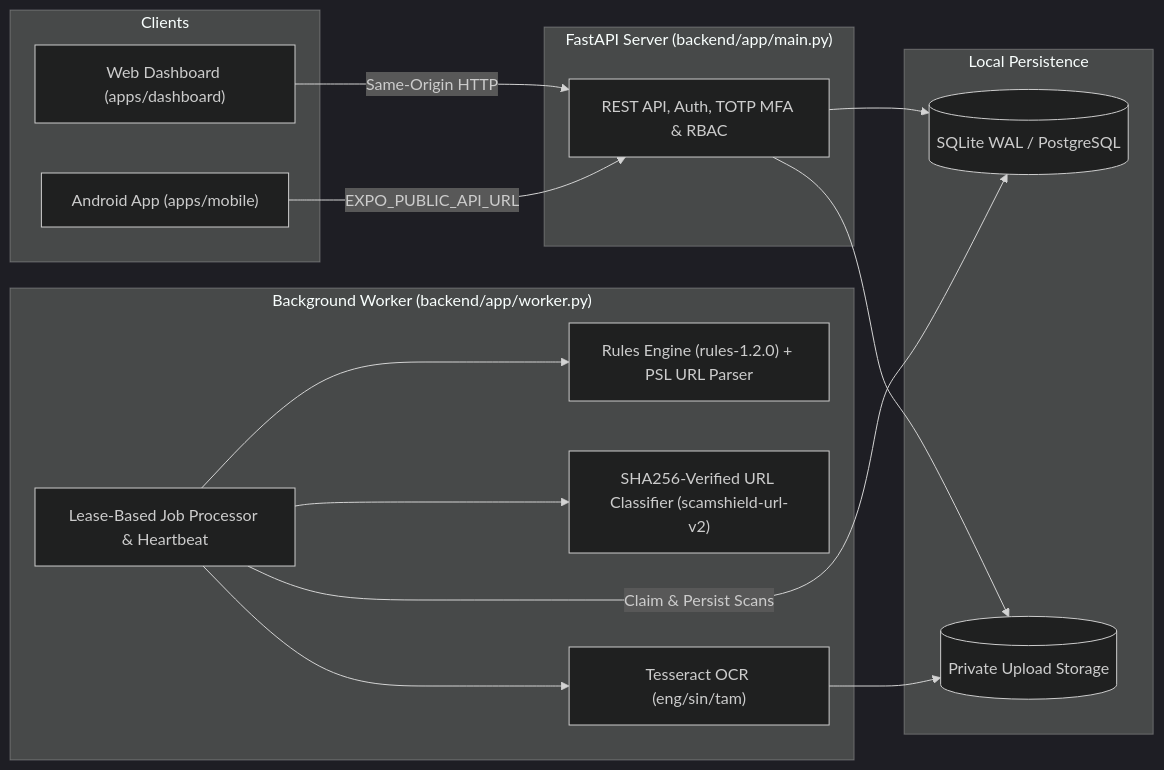
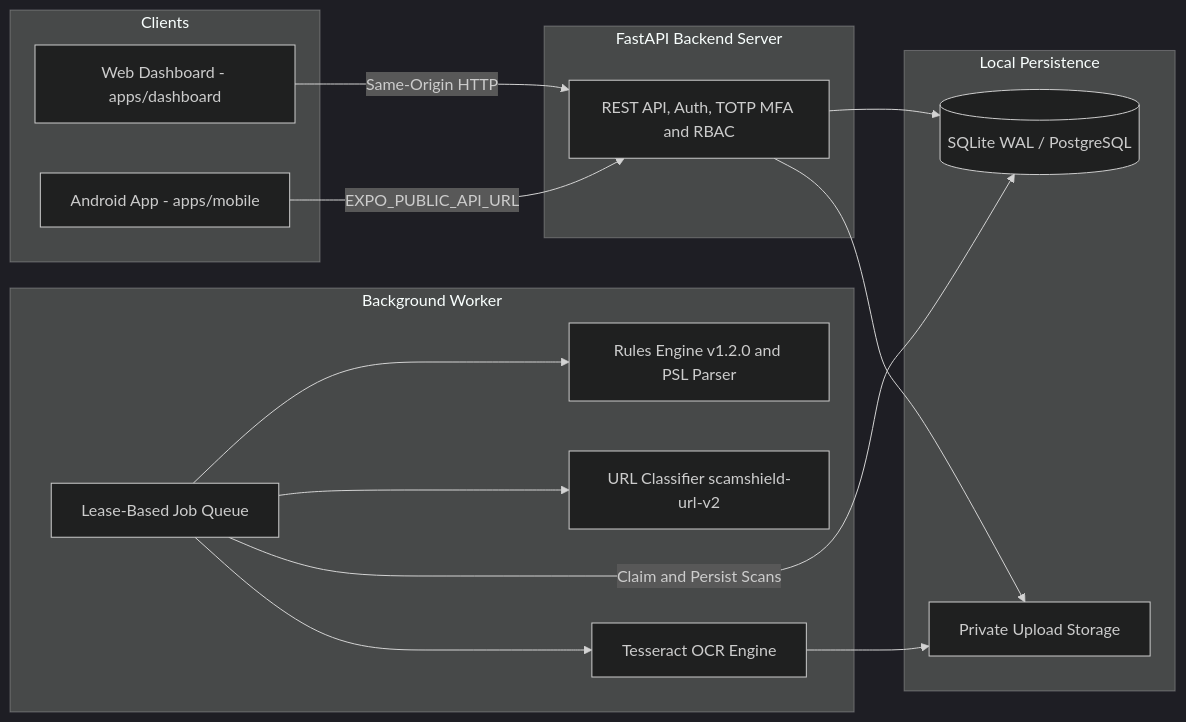
The diagram in README.md (HimashaSawani/ScamShield-AI), drawn with Mermaid (dark theme) before and after one commit. The commit also changed other lines of this file, not shown here.

Commit message:
update architecture diagram syntax and add environment configuration guide in README

````diff
--- a/README.md
+++ b/README.md
@@ -22,33 +22,33 @@
 ```mermaid
 flowchart LR
-    subgraph Clients["Clients"]
-        Web["Web Dashboard (apps/dashboard)"]
-        Mobile["Android App (apps/mobile)"]
+    subgraph Clients [Clients]
+        Web[Web Dashboard - apps/dashboard]
+        Mobile[Android App - apps/mobile]
     end
 
-    subgraph Backend["FastAPI Server (backend/app/main.py)"]
-        API["REST API, Auth, TOTP MFA & RBAC"]
+    subgraph Server [FastAPI Backend Server]
+        API[REST API, Auth, TOTP MFA and RBAC]
     end
 
-    subgraph Storage["Local Persistence"]
-        DB[("SQLite WAL / PostgreSQL")]
-        Files[("Private Upload Storage")]
+    subgraph Storage [Local Persistence]
+        DB[(SQLite WAL / PostgreSQL)]
+        Files[Private Upload Storage]
     end
 
-    subgraph Worker["Background Worker (backend/app/worker.py)"]
-        Queue["Lease-Based Job Processor & Heartbeat"]
-        Rules["Rules Engine (rules-1.2.0) + PSL URL Parser"]
-        ML["SHA256-Verified URL Classifier (scamshield-url-v2)"]
-        OCR["Tesseract OCR (eng/sin/tam)"]
+    subgraph Worker [Background Worker]
+        Queue[Lease-Based Job Queue]
+        Rules[Rules Engine v1.2.0 and PSL Parser]
+        ML[URL Classifier scamshield-url-v2]
+        OCR[Tesseract OCR Engine]
     end
 
     Web -->|Same-Origin HTTP| API
     Mobile -->|EXPO_PUBLIC_API_URL| API
     API --> DB
     API --> Files
-    Queue -->|Claim & Persist Scans| DB
+    Queue -->|Claim and Persist Scans| DB
     Queue --> Rules
     Queue --> ML
     Queue --> OCR
     OCR --> Files
 ```
````
